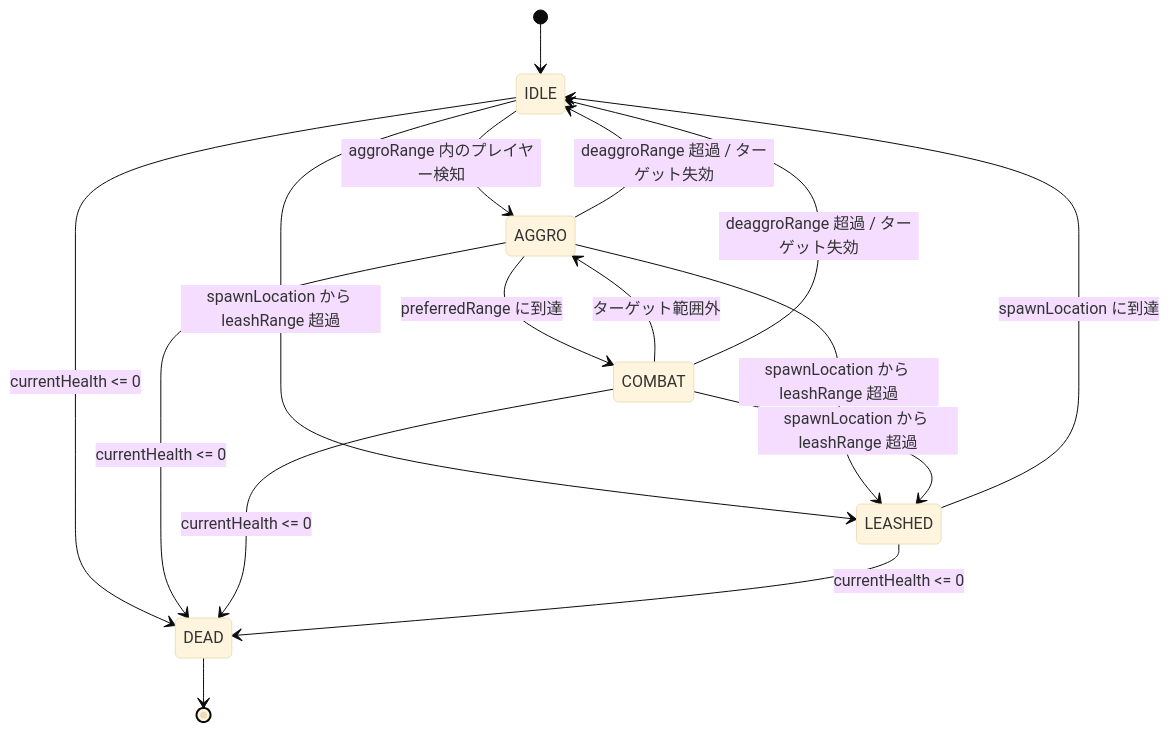
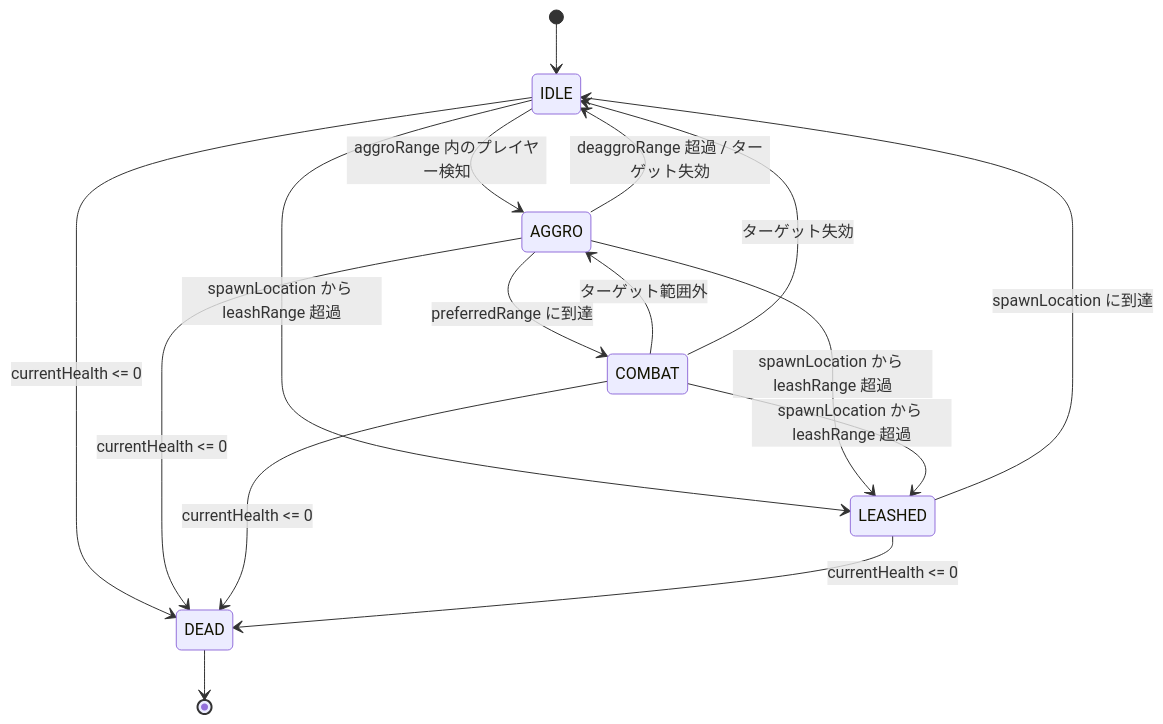
The second of 5 diagrams in 00_docs/10_プラグイン設計書/feature/12-mob/4-統合フロー/12_4.00-統合フロー.md (maaasu/AstralRecord-Workspace), drawn with Mermaid before and after one commit. The commit also changed other lines of this file and 20 other files, not shown here.

````diff
--- a/00_docs/10_プラグイン設計書/feature/12-mob/4-統合フロー/12_4.00-統合フロー.md
+++ b/00_docs/10_プラグイン設計書/feature/12-mob/4-統合フロー/12_4.00-統合フロー.md
@@ -54,19 +39,18 @@
 ```mermaid
-%%{init: {"theme": "base"}}%%
 stateDiagram-v2
     [*] --> IDLE
     IDLE --> AGGRO: aggroRange 内のプレイヤー検知
     AGGRO --> COMBAT: preferredRange に到達
     COMBAT --> AGGRO: ターゲット範囲外
     AGGRO --> IDLE: deaggroRange 超過 / ターゲット失効
-    COMBAT --> IDLE: deaggroRange 超過 / ターゲット失効
+    COMBAT --> IDLE: ターゲット失効
     IDLE --> LEASHED: spawnLocation から leashRange 超過
     AGGRO --> LEASHED: spawnLocation から leashRange 超過
     COMBAT --> LEASHED: spawnLocation から leashRange 超過
     LEASHED --> IDLE: spawnLocation に到達
     IDLE --> DEAD: currentHealth <= 0
     AGGRO --> DEAD: currentHealth <= 0
     COMBAT --> DEAD: currentHealth <= 0
     LEASHED --> DEAD: currentHealth <= 0
     DEAD --> [*]
 ```
````
